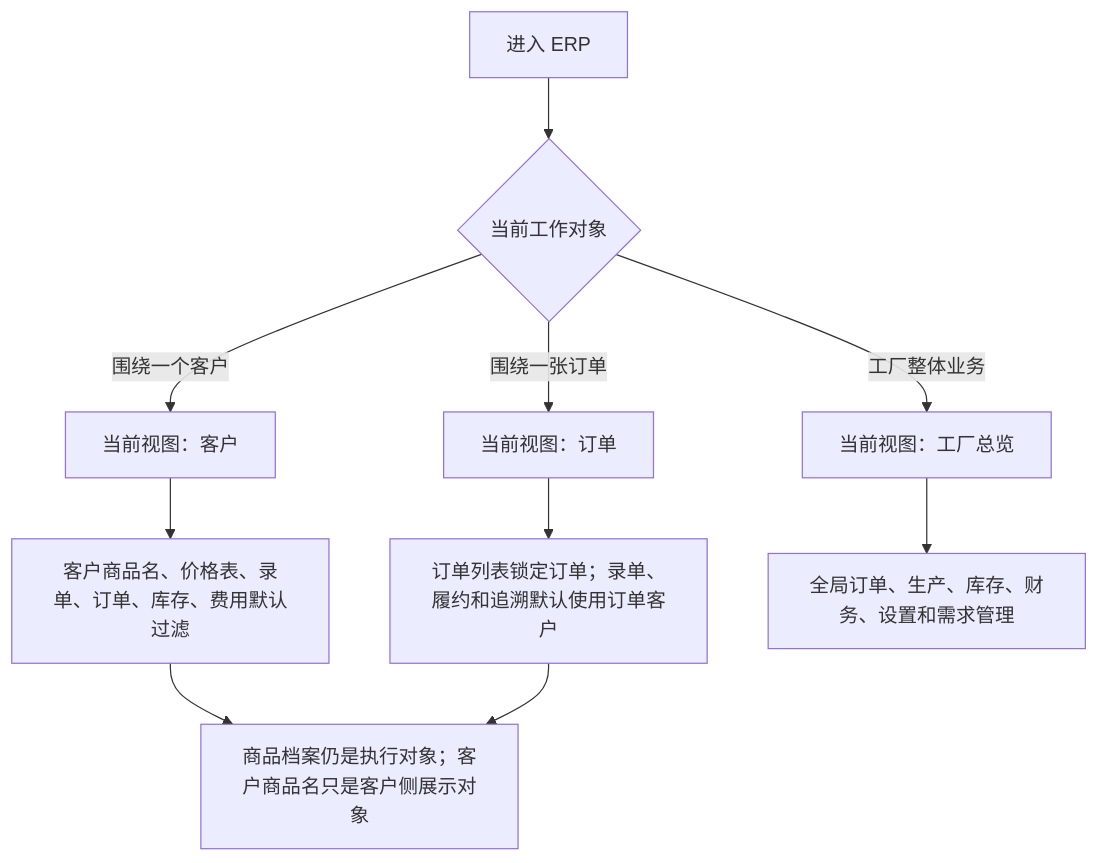
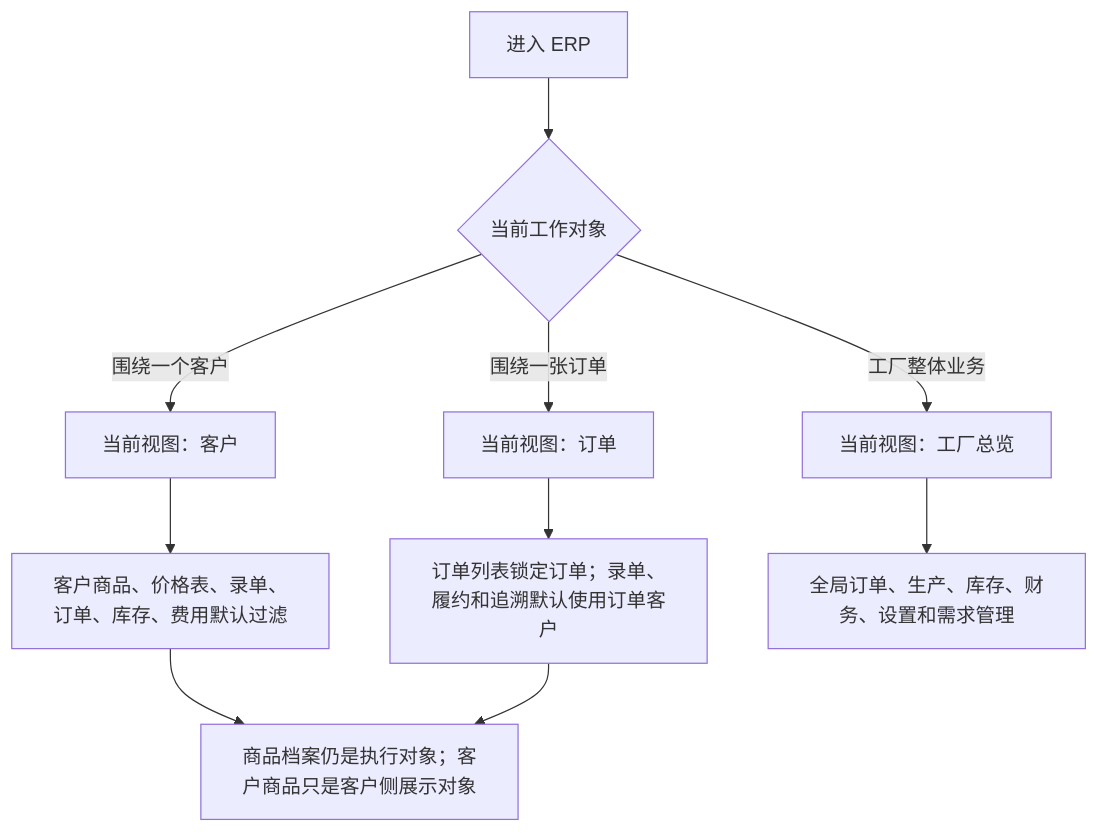
The diagram in orderapp-remote/docs/OP_MANUAL_WORKSPACE_MODE.md (Backstage2539/KFerp), drawn with Mermaid before and after one commit. The commit also changed other lines of this file and 49 other files, not shown here.

````diff
--- a/orderapp-remote/docs/OP_MANUAL_WORKSPACE_MODE.md
+++ b/orderapp-remote/docs/OP_MANUAL_WORKSPACE_MODE.md
@@ -16,12 +16,12 @@
 ```mermaid
 flowchart TD
   A["进入 ERP"] --> B{"当前工作对象"}
   B -->|工厂整体业务| C["当前视图：工厂总览"]
   B -->|围绕一个客户| D["当前视图：客户"]
   B -->|围绕一张订单| E["当前视图：订单"]
-  D --> F["客户商品名、价格表、录单、订单、库存、费用默认过滤"]
+  D --> F["客户商品、价格表、录单、订单、库存、费用默认过滤"]
   E --> G["订单列表锁定订单；录单、履约和追溯默认使用订单客户"]
   C --> H["全局订单、生产、库存、财务、设置和需求管理"]
-  F --> I["商品档案仍是执行对象；客户商品名只是客户侧展示对象"]
+  F --> I["商品档案仍是执行对象；客户商品只是客户侧展示对象"]
   G --> I
 ```
````
